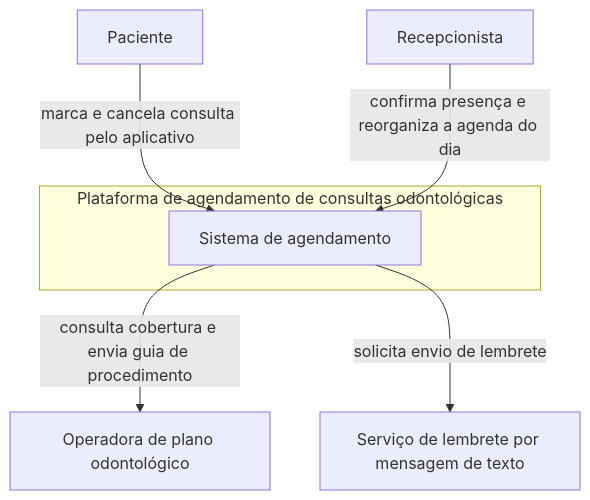
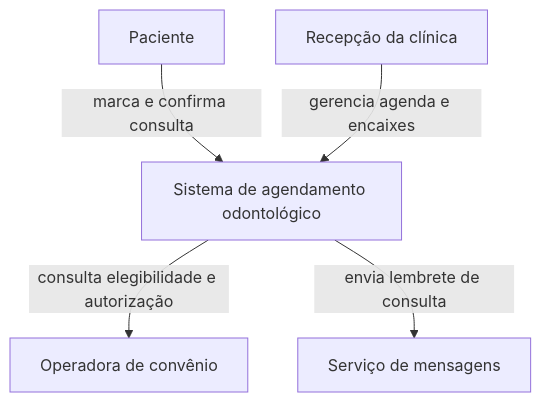
The first of 2 diagrams in docs/modulo-2-plataforma-e-modelos/bloco-4-representacao-de-modelos-e-c4.md (aulas-marco/projeto-arquitetura-software), drawn with Mermaid before and after one commit. The commit also changed other lines of this file and 15 other files, not shown here.

````diff
--- a/docs/modulo-2-plataforma-e-modelos/bloco-4-representacao-de-modelos-e-c4.md
+++ b/docs/modulo-2-plataforma-e-modelos/bloco-4-representacao-de-modelos-e-c4.md
@@ -17,17 +54,13 @@
 ```mermaid
 graph TD
     PAC["Paciente"]
-    REC["Recepcionista"]
+    REC["Recepção da clínica"]
+    AGE["Sistema de agendamento odontológico"]
+    CONV["Operadora de convênio"]
+    SMS["Serviço de mensagens"]
 
-    subgraph SIS["Plataforma de agendamento de consultas odontológicas"]
-        AGE["Sistema de agendamento"]
-    end
-
-    PLA["Operadora de plano odontológico"]
-    LEM["Serviço de lembrete por mensagem de texto"]
-
-    PAC -->|"marca e cancela consulta pelo aplicativo"| AGE
-    REC -->|"confirma presença e reorganiza a agenda do dia"| AGE
-    AGE -->|"consulta cobertura e envia guia de procedimento"| PLA
-    AGE -->|"solicita envio de lembrete"| LEM
+    PAC -->|"marca e confirma consulta"| AGE
+    REC -->|"gerencia agenda e encaixes"| AGE
+    AGE -->|"consulta elegibilidade e autorização"| CONV
+    AGE -->|"envia lembrete de consulta"| SMS
 ```
````
